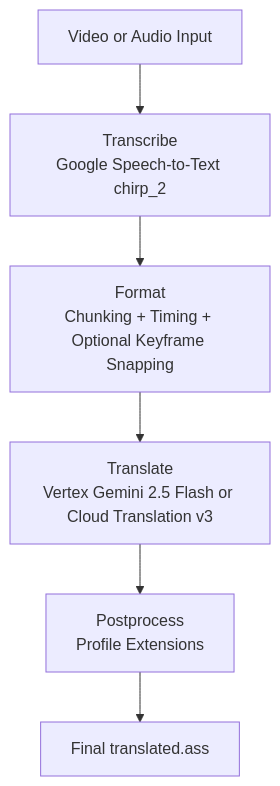
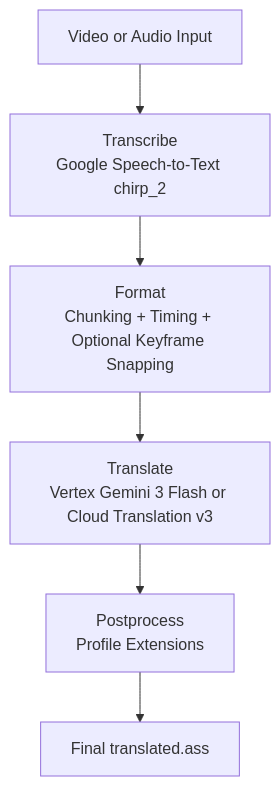
Before and after one commit to ahuei123456/autosub: the diagram in README.md, drawn with Mermaid. The commit also changed other lines of this file and 3 other files, not shown here.

````diff
--- a/README.md
+++ b/README.md
@@ -14,8 +14,8 @@
 ```mermaid
 graph TD
     A[Video or Audio Input] --> B[Transcribe<br/>Google Speech-to-Text chirp_2]
     B --> C[Format<br/>Chunking + Timing + Optional Keyframe Snapping]
-    C --> D[Translate<br/>Vertex Gemini 2.5 Flash or Cloud Translation v3]
+    C --> D[Translate<br/>Vertex Gemini 3 Flash or Cloud Translation v3]
     D --> E[Postprocess<br/>Profile Extensions]
     E --> F[Final translated.ass]
 ```
````
